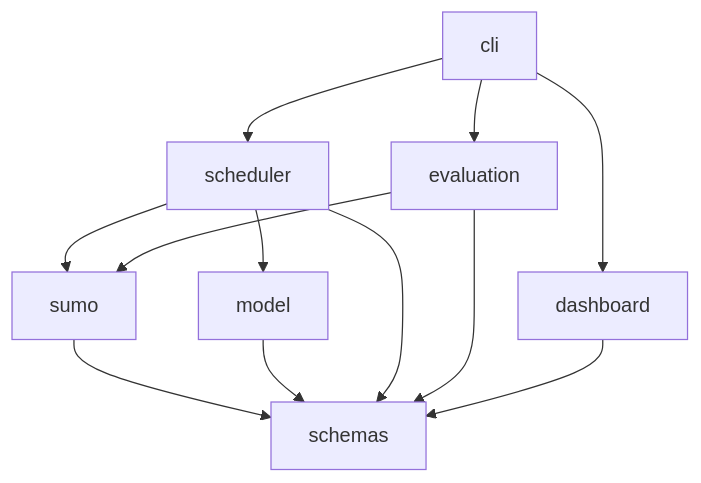
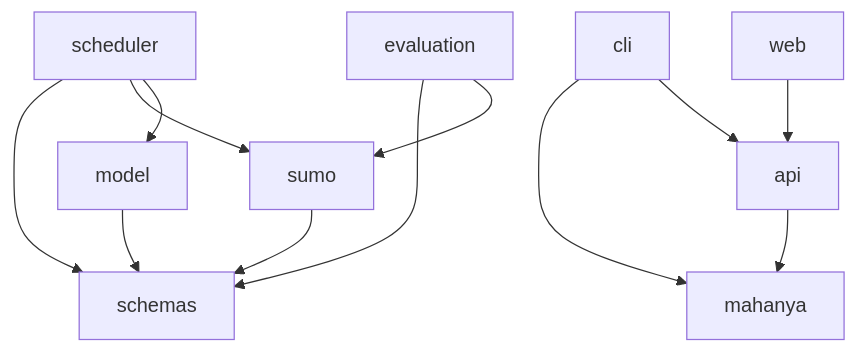
Before and after one commit to abdulazeezoj/mvp-mahanya: the second of 2 diagrams in docs/ARCHITECTURE.md, drawn with Mermaid. The commit also changed other lines of this file, not shown here.

````diff
--- a/docs/ARCHITECTURE.md
+++ b/docs/ARCHITECTURE.md
@@ -96,15 +135,15 @@
 ```mermaid
 flowchart TD
     schemas[schemas] 
     sumo[sumo] --> schemas
     model[model] --> schemas
     scheduler[scheduler] --> schemas
     scheduler --> sumo
     scheduler --> model
     evaluation[evaluation] --> schemas
     evaluation --> sumo
-    cli[cli] --> scheduler
-    cli --> evaluation
-    cli --> dashboard[dashboard]
-    dashboard --> schemas
+    api[api] --> mahanya[mahanya]
+    cli[cli] --> mahanya
+    cli --> api
+    web[web] --> api
 ```
````
